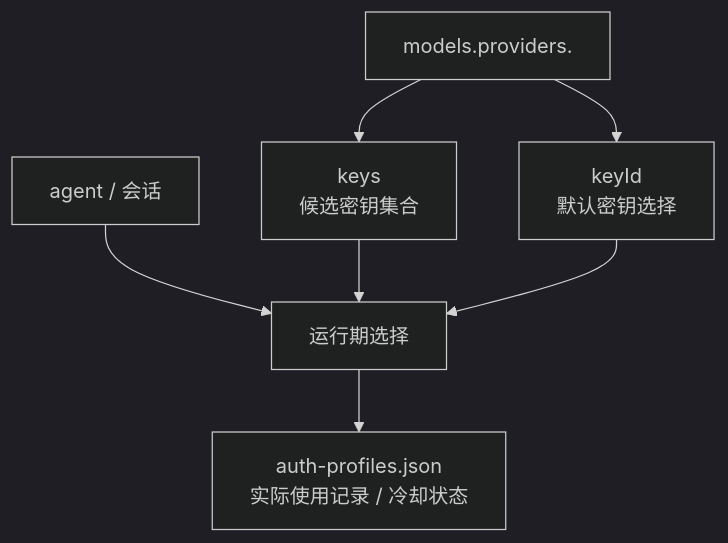
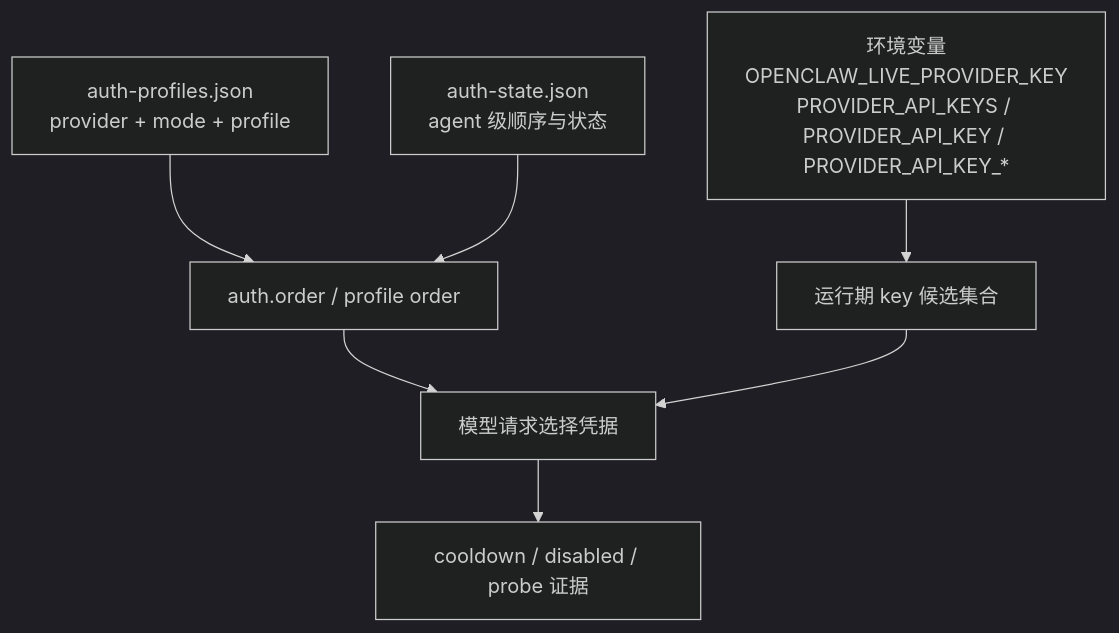
The first of 2 diagrams in 11_reliability_security/11.1_auth_profiles.md (yeasy/openclaw_guide), drawn with Mermaid (dark theme) before and after one commit. The commit also changed other lines of this file and 41 other files, not shown here.

````diff
--- a/11_reliability_security/11.1_auth_profiles.md
+++ b/11_reliability_security/11.1_auth_profiles.md
@@ -19,9 +19,9 @@
 ```mermaid
 flowchart TD
-  P["models.providers.<provider>"] --> K["keys<br/>候选密钥集合"]
-  P --> D["keyId<br/>默认密钥选择"]
-  A["agent / 会话"] --> S["运行期选择"]
-  K --> S
-  D --> S
-  S --> AP["auth-profiles.json<br/>实际使用记录 / 冷却状态"]
+  E["环境变量<br/>OPENCLAW_LIVE_PROVIDER_KEY<br/>PROVIDER_API_KEYS / PROVIDER_API_KEY / PROVIDER_API_KEY_*"] --> R["运行期 key 候选集合"]
+  AP["auth-profiles.json<br/>provider + mode + profile"] --> O["auth.order / profile order"]
+  AS["auth-state.json<br/>agent 级顺序与状态"] --> O
+  O --> S["模型请求选择凭据"]
+  R --> S
+  S --> C["cooldown / disabled / probe 证据"]
 ```
````
